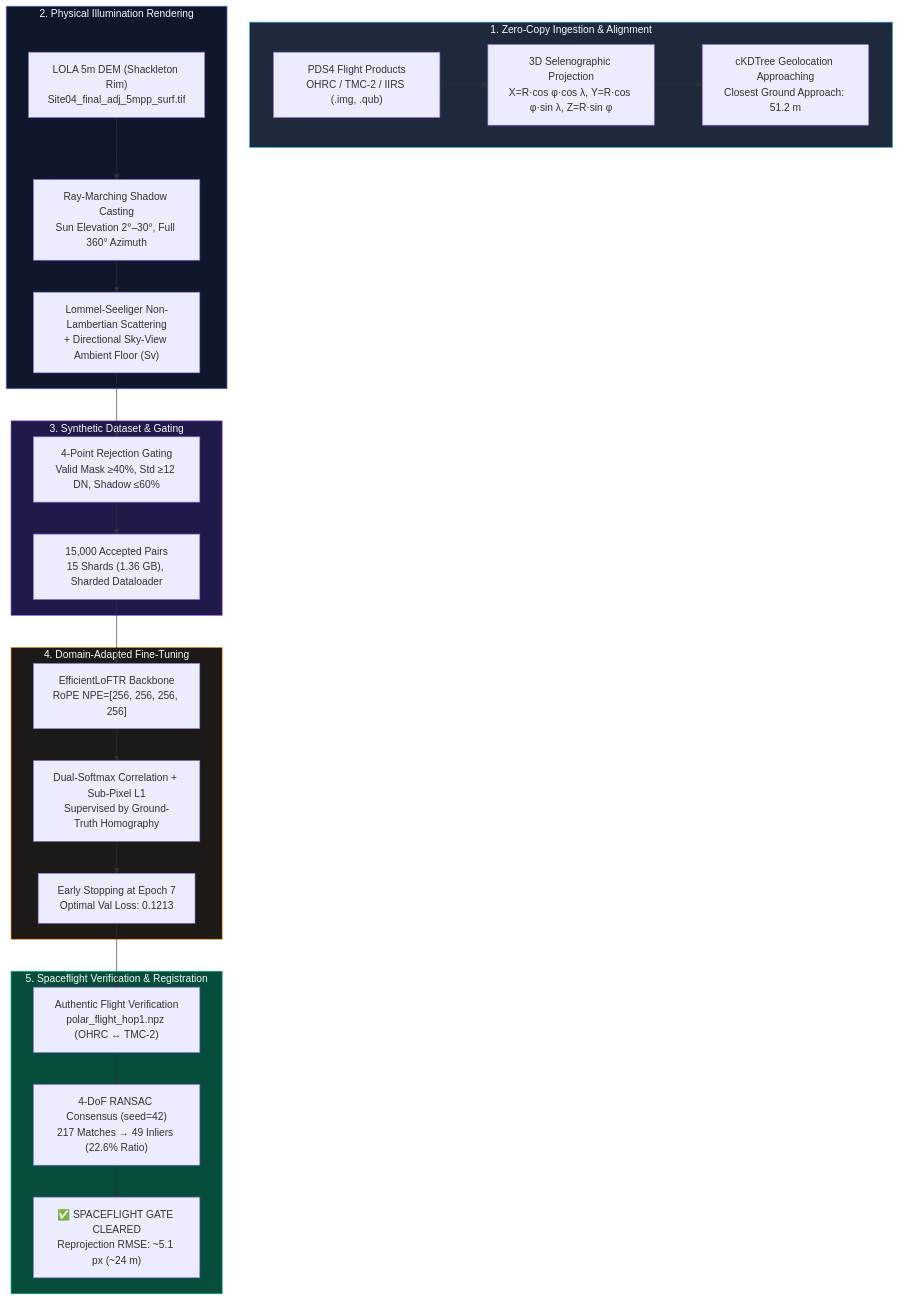
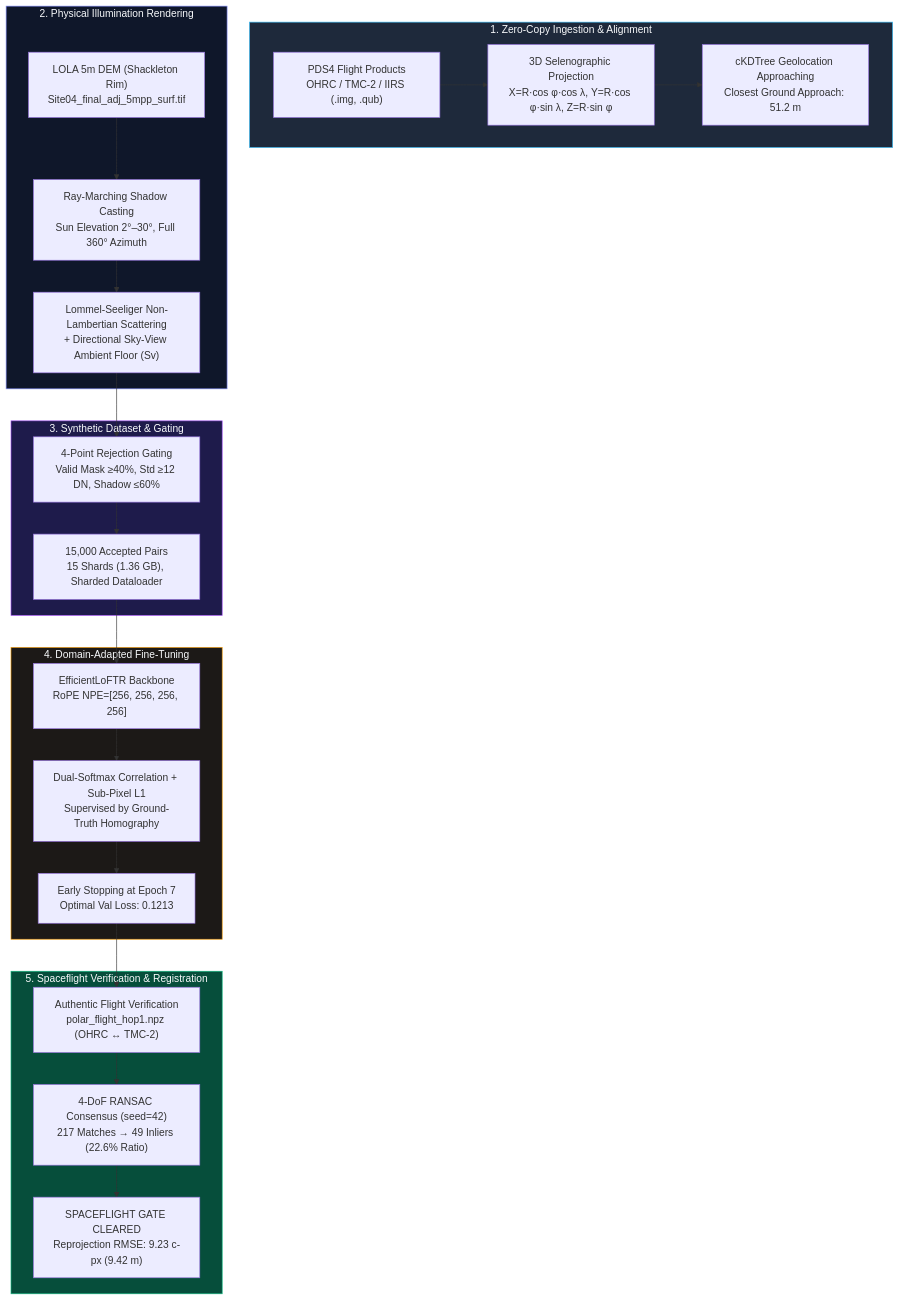
Before and after one commit to bytes06runner/TriNetra: the diagram in README.md, drawn with Mermaid. The commit also changed other lines of this file and 44 other files, not shown here.

````diff
--- a/README.md
+++ b/README.md
@@ -241,42 +244,42 @@
 ```mermaid
 flowchart TD
     subgraph INGESTION["1. Zero-Copy Ingestion & Alignment"]
         A1["PDS4 Flight Products<br/>OHRC / TMC-2 / IIRS (.img, .qub)"]
         A2["3D Selenographic Projection<br/>X=R·cos φ·cos λ, Y=R·cos φ·sin λ, Z=R·sin φ"]
         A3["cKDTree Geolocation Approaching<br/>Closest Ground Approach: 51.2 m"]
         A1 --> A2 --> A3
     end
 
     subgraph RENDERING["2. Physical Illumination Rendering"]
         B1["LOLA 5m DEM (Shackleton Rim)<br/>Site04_final_adj_5mpp_surf.tif"]
         B2["Ray-Marching Shadow Casting<br/>Sun Elevation 2°–30°, Full 360° Azimuth"]
         B3["Lommel-Seeliger Non-Lambertian Scattering<br/>+ Directional Sky-View Ambient Floor (Sv)"]
         B1 --> B2 --> B3
     end
 
     subgraph DATASET["3. Synthetic Dataset & Gating"]
         C1["4-Point Rejection Gating<br/>Valid Mask ≥40%, Std ≥12 DN, Shadow ≤60%"]
         C2["15,000 Accepted Pairs<br/>15 Shards (1.36 GB), Sharded Dataloader"]
         B3 --> C1 --> C2
     end
 
     subgraph TRAINING["4. Domain-Adapted Fine-Tuning"]
         D1["EfficientLoFTR Backbone<br/>RoPE NPE=[256, 256, 256, 256]"]
         D2["Dual-Softmax Correlation + Sub-Pixel L1<br/>Supervised by Ground-Truth Homography"]
         D3["Early Stopping at Epoch 7<br/>Optimal Val Loss: 0.1213"]
         C2 --> D1 --> D2 --> D3
     end
 
     subgraph VERIFICATION["5. Spaceflight Verification & Registration"]
         E1["Authentic Flight Verification<br/>polar_flight_hop1.npz (OHRC ↔ TMC-2)"]
         E2["4-DoF RANSAC Consensus (seed=42)<br/>217 Matches → 49 Inliers (22.6% Ratio)"]
-        E3["✅ SPACEFLIGHT GATE CLEARED<br/>Reprojection RMSE: ~5.1 px (~24 m)"]
+        E3["SPACEFLIGHT GATE CLEARED<br/>Reprojection RMSE: 9.23 c-px (9.42 m)"]
         D3 --> E1 --> E2 --> E3
     end
 
     style INGESTION fill:#1e293b,stroke:#38bdf8,color:#f8fafc
     style RENDERING fill:#0f172a,stroke:#818cf8,color:#f8fafc
     style DATASET fill:#1e1b4b,stroke:#a855f7,color:#f8fafc
     style TRAINING fill:#1c1917,stroke:#f59e0b,color:#f8fafc
     style VERIFICATION fill:#064e3b,stroke:#10b981,color:#f8fafc
 ```
````
